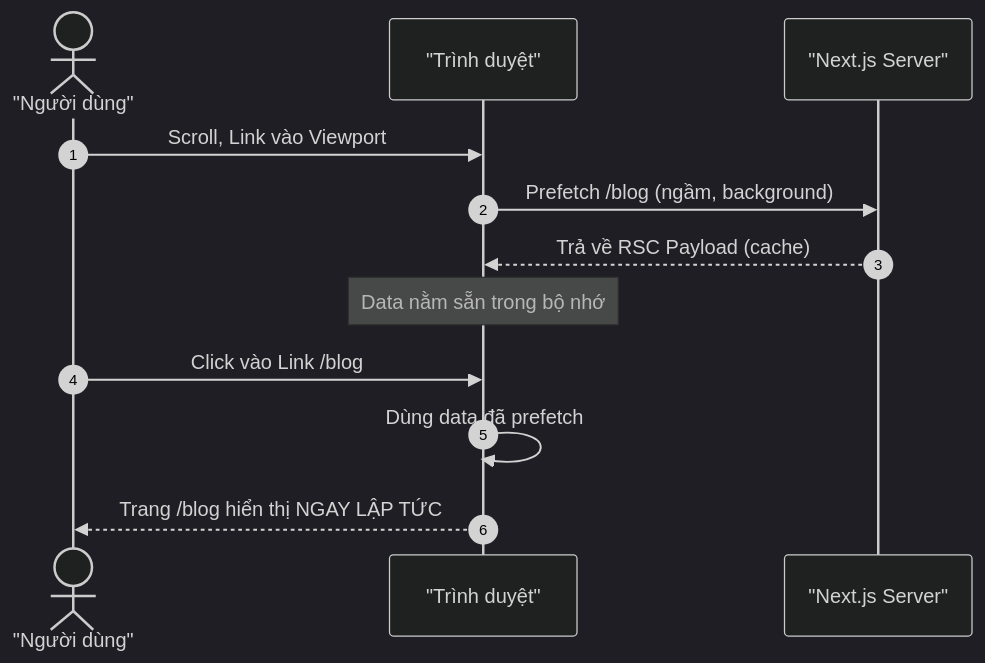
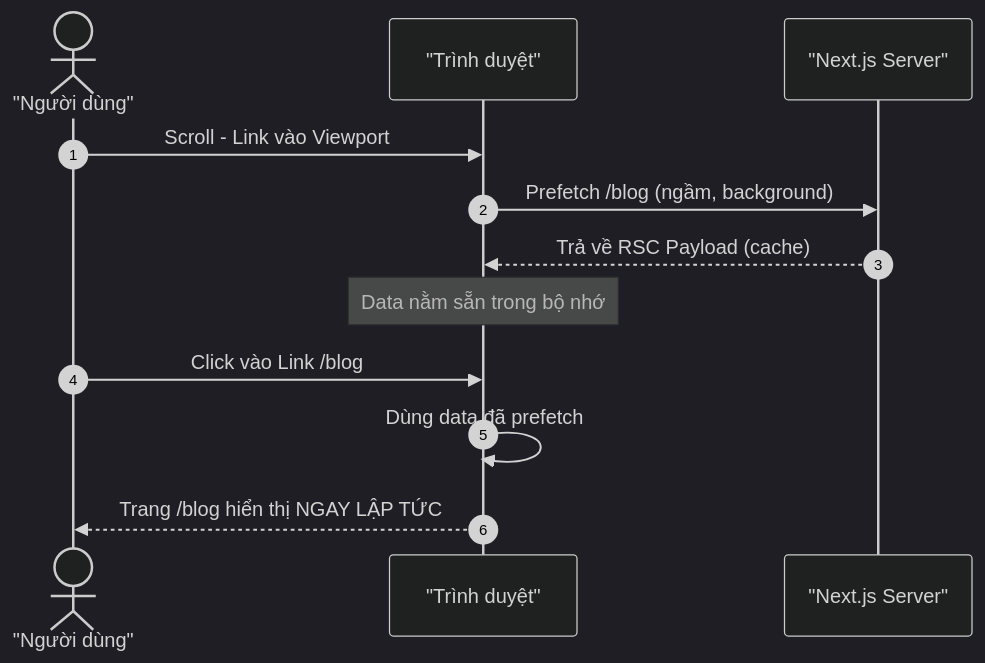
The second of 6 diagrams in docs/nextjs/05-linking-and-navigating.md (vuanhtu1993/vuanhtu1993.github.io), drawn with Mermaid (dark theme) before and after one commit. The commit also changed other lines of this file and 2 other files, not shown here.

````diff
--- a/docs/nextjs/05-linking-and-navigating.md
+++ b/docs/nextjs/05-linking-and-navigating.md
@@ -103,17 +103,17 @@
 ```mermaid
 sequenceDiagram
     autonumber
     actor User as "Người dùng"
     participant Browser as "Trình duyệt"
     participant Server as "Next.js Server"
 
-    User->>Browser: Scroll, Link vào Viewport
+    User->>Browser: Scroll - Link vào Viewport
     Browser->>Server: Prefetch /blog (ngầm, background)
     Server-->>Browser: Trả về RSC Payload (cache)
 
     Note over Browser: Data nằm sẵn trong bộ nhớ
 
     User->>Browser: Click vào Link /blog
     Browser->>Browser: Dùng data đã prefetch
     Browser-->>User: Trang /blog hiển thị NGAY LẬP TỨC
 ```
````
